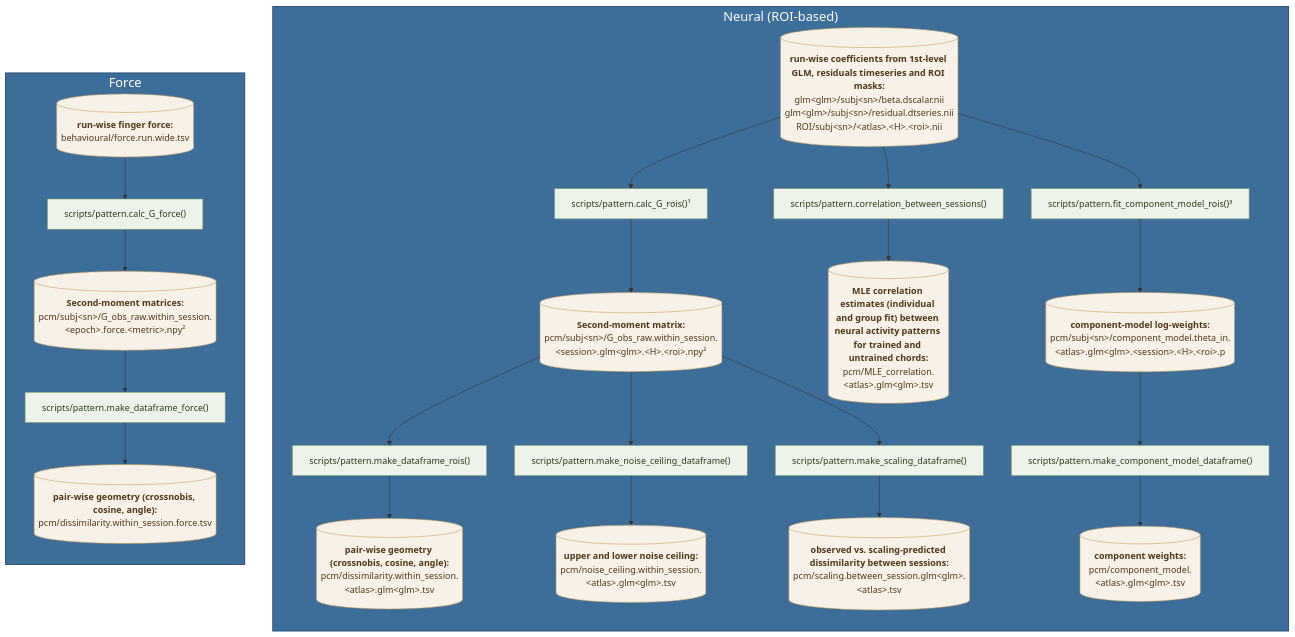
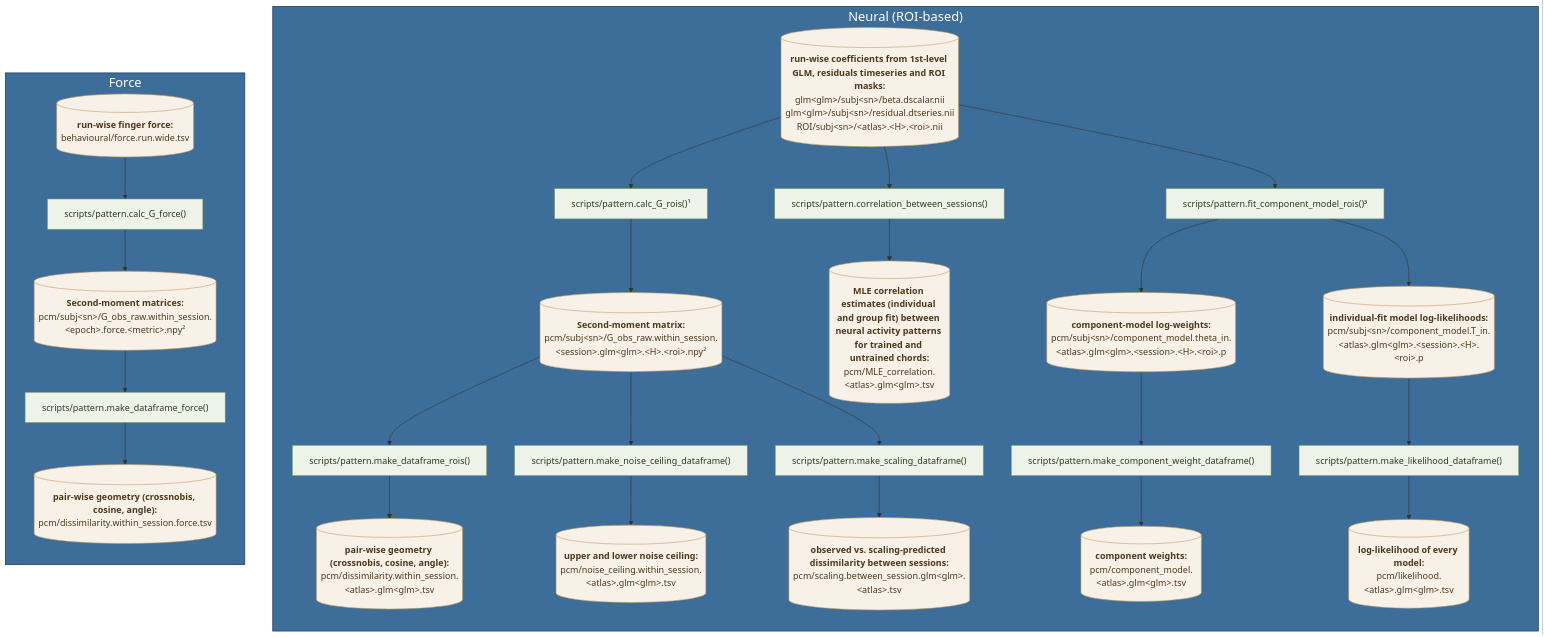
Before and after one commit to mnlmrc/extension-flexion-chords: the fourth of 4 diagrams in README.md, drawn with Mermaid. The commit also changed other lines of this file and 54 other files, not shown here.

````diff
--- a/README.md
+++ b/README.md
@@ -219,68 +320,76 @@
 ```mermaid
 flowchart TB
     subgraph NEURAL ["Neural (ROI-based)"]
         direction TB
         NBETA[("<b>run-wise coefficients from 1st-level GLM, residuals timeseries and ROI masks:</b><br/>glm#lt;glm#gt;/subj#lt;sn#gt;/beta.dscalar.nii<br/>glm#lt;glm#gt;/subj#lt;sn#gt;/residual.dtseries.nii<br/>ROI/subj#lt;sn#gt;/#lt;atlas#gt;.#lt;H#gt;.#lt;roi#gt;.nii")]:::data
 
         P_GROIS["scripts/pattern.calc_G_rois()¹"]:::code
         GROIS[("<b>Second-moment matrix:</b><br/>pcm/subj#lt;sn#gt;/G_obs_raw.within_session.#lt;session#gt;.glm#lt;glm#gt;.#lt;H#gt;.#lt;roi#gt;.npy²")]:::data
 
         P_DFROIS["scripts/pattern.make_dataframe_rois()"]:::code
         DFROIS[("<b>pair-wise geometry (crossnobis, cosine, angle):</b><br/>pcm/dissimilarity.within_session.#lt;atlas#gt;.glm#lt;glm#gt;.tsv")]:::data
 
         P_NC["scripts/pattern.make_noise_ceiling_dataframe()"]:::code
         NC[("<b>upper and lower noise ceiling:</b><br/>pcm/noise_ceiling.within_session.#lt;atlas#gt;.glm#lt;glm#gt;.tsv")]:::data
 
         P_SCALE["scripts/pattern.make_scaling_dataframe()"]:::code
         SCALE[("<b>observed vs. scaling-predicted dissimilarity between sessions:</b><br/>pcm/scaling.between_session.glm#lt;glm#gt;.#lt;atlas#gt;.tsv")]:::data
 
         P_CORR["scripts/pattern.correlation_between_sessions()"]:::code
         CORRMLE[("<b>MLE correlation estimates (individual and group fit) between neural activity patterns for trained and untrained chords:</b><br/>pcm/MLE_correlation.#lt;atlas#gt;.glm#lt;glm#gt;.tsv")]:::data
     %% CORRXVAL[("<b>cross-validated across-session cosine:</b><br/>pcm/xval_correlation.#lt;atlas#gt;.glm#lt;glm#gt;.tsv")]:::data
     %% CORRCOV[("<b>across-session cov per session-pair and chord set:</b><br/>pcm/cov.corr_across_sess.glm#lt;glm#gt;.#lt;spair#gt;.#lt;chord#gt;.#lt;H#gt;.#lt;roi#gt;.npy")]:::data
 
         P_CFIT["scripts/pattern.fit_component_model_rois()³"]:::code
         CTHETA[("<b>component-model log-weights:</b><br/>pcm/subj#lt;sn#gt;/component_model.theta_in.#lt;atlas#gt;.glm#lt;glm#gt;.#lt;session#gt;.#lt;H#gt;.#lt;roi#gt;.p")]:::data
 
-        P_CSUM["scripts/pattern.make_component_model_dataframe()"]:::code
+        P_CSUM["scripts/pattern.make_component_weight_dataframe()"]:::code
         CMODEL[("<b>component weights:</b><br/>pcm/component_model.#lt;atlas#gt;.glm#lt;glm#gt;.tsv")]:::data
+
+        CTIN[("<b>individual-fit model log-likelihoods:</b><br/>pcm/subj#lt;sn#gt;/component_model.T_in.#lt;atlas#gt;.glm#lt;glm#gt;.#lt;session#gt;.#lt;H#gt;.#lt;roi#gt;.p")]:::data
+
+        P_LIKE["scripts/pattern.make_likelihood_dataframe()"]:::code
+        LIKE[("<b>log-likelihood of every model:</b><br/>pcm/likelihood.#lt;atlas#gt;.glm#lt;glm#gt;.tsv")]:::data
 
         NBETA --> P_GROIS
         P_GROIS --> GROIS
         GROIS --> P_DFROIS
         P_DFROIS --> DFROIS
         GROIS --> P_NC
         P_NC --> NC
         GROIS --> P_SCALE
         P_SCALE --> SCALE
         NBETA --> P_CORR
         P_CORR --> CORRMLE
     %% P_CORR --> CORRXVAL
     %% P_CORR --> CORRCOV
         NBETA --> P_CFIT
         P_CFIT --> CTHETA
         CTHETA --> P_CSUM
         P_CSUM --> CMODEL
+        P_CFIT --> CTIN
+        CTIN --> P_LIKE
+        P_LIKE --> LIKE
     end
 
     subgraph FORCE ["Force"]
         direction TB
         FRUN[("<b>run-wise finger force:</b><br/>behavioural/force.run.wide.tsv")]:::data
 
         P_GFORCE["scripts/pattern.calc_G_force()"]:::code
         GFORCE[("<b>Second-moment matrices:</b><br/>pcm/subj#lt;sn#gt;/G_obs_raw.within_session.#lt;epoch#gt;.force.#lt;metric#gt;.npy²")]:::data
 
         P_DFFORCE["scripts/pattern.make_dataframe_force()"]:::code
         DFFORCE[("<b>pair-wise geometry (crossnobis, cosine, angle):</b><br/>pcm/dissimilarity.within_session.force.tsv")]:::data
 
         FRUN --> P_GFORCE
         P_GFORCE --> GFORCE
         GFORCE --> P_DFFORCE
         P_DFFORCE --> DFFORCE
     end
 
     classDef code  fill:#eef3ea,stroke:#7a9a5f,color:#2a3a1e;
     classDef data  fill:#f7f1e8,stroke:#c39b56,color:#4a3818;
     classDef group fill:#3d6d99,stroke:#22456b,stroke-width:1.5px,color:#ffffff, font-size:23px;
     class NEURAL,FORCE group;
 ```
````
